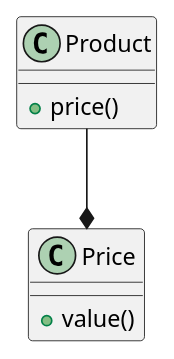
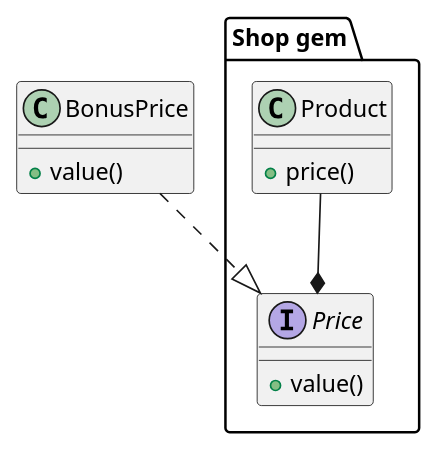
The third of 3 diagrams in ocp/slides.md (sergio-fry/slides), drawn with PlantUML before and after one commit. The commit also changed other lines of this file, not shown here.

````diff
--- a/ocp/slides.md
+++ b/ocp/slides.md
@@ -89,11 +80,18 @@
 ```plantuml
-class Product {
-  +price()
+package "Shop gem" {
+  class Product {
+    +price()
+  }
+  interface Price {
+    +value()
+  }
 }
 
-class Price {
+Product --* Price
+
+class BonusPrice {
   +value()
 }
 
-Product --* Price
+BonusPrice ..|> Price
 ```
````
